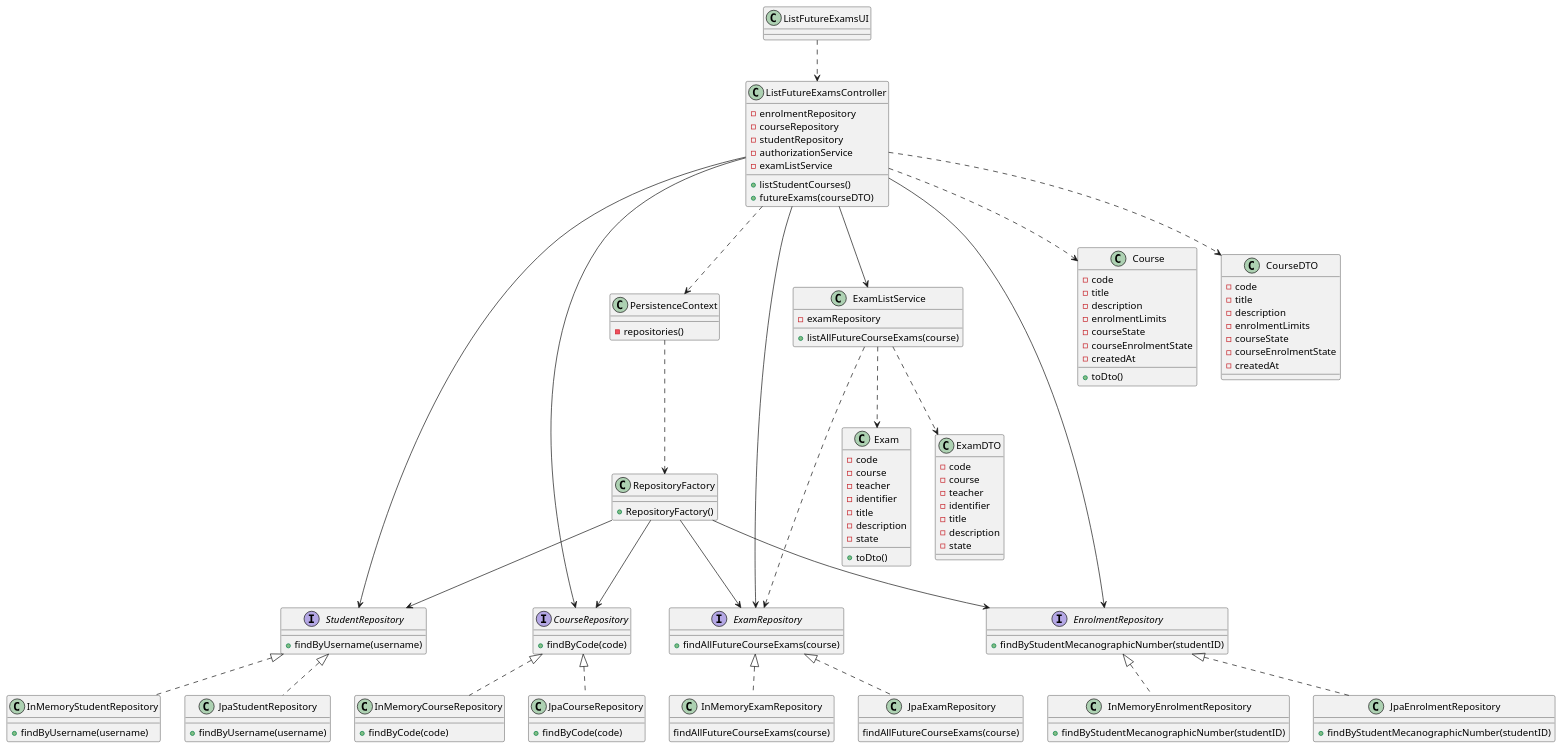
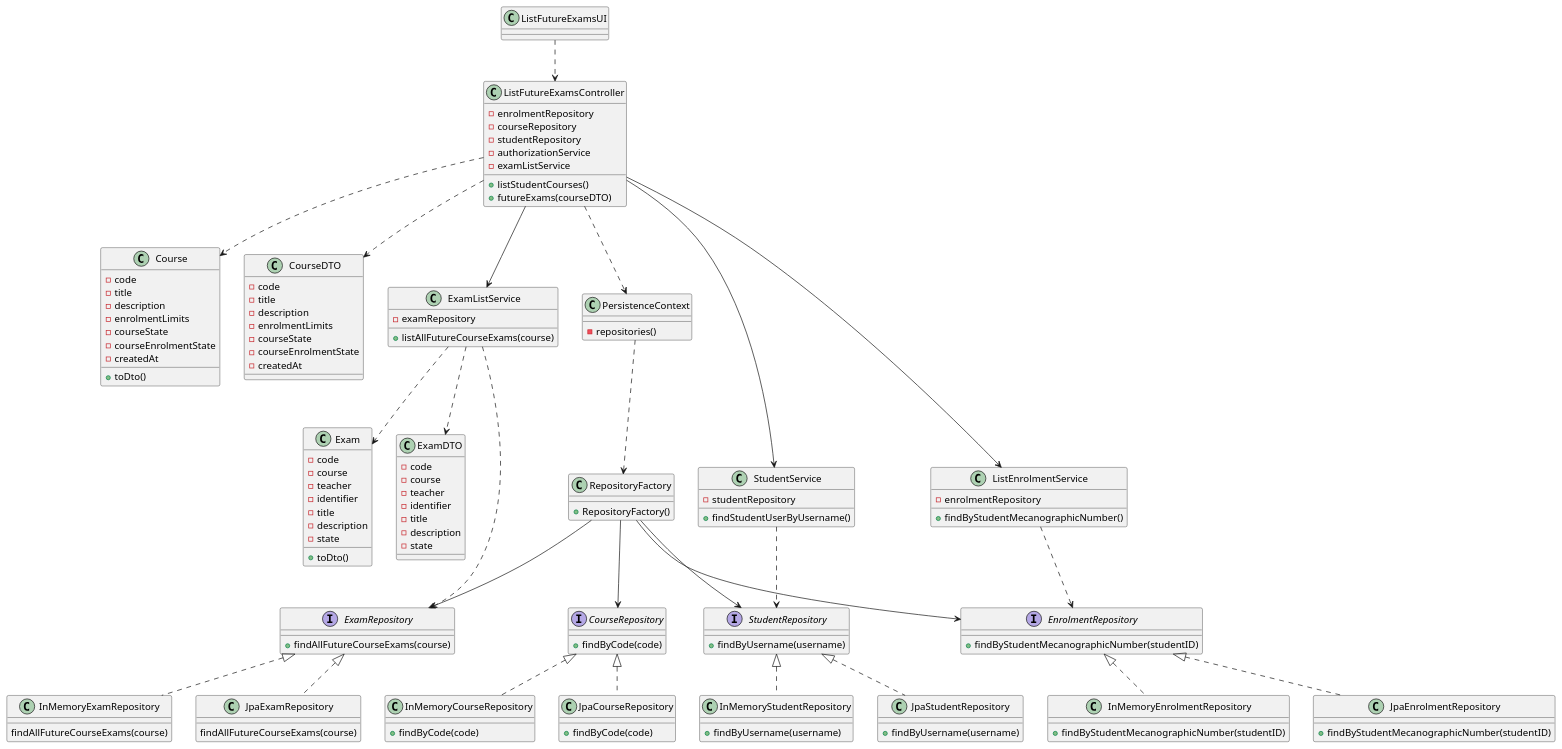
The diagram in docs/sprint-b/us22-2002/US2002_CD.puml (miseEnPlace-dev/lapr4), drawn with PlantUML before and after one commit. The commit also changed 5 other files, not shown here.

```diff
--- a/docs/sprint-b/us22-2002/US2002_CD.puml
+++ b/docs/sprint-b/us22-2002/US2002_CD.puml
@@ -1,161 +1,170 @@
-@startuml US2003_CD
+@startuml US2002_CD
 
 class ListFutureExamsUI {
 
 }
 
 class ListFutureExamsController {
 - enrolmentRepository
 - courseRepository
 - studentRepository
 - authorizationService
 - examListService
 + listStudentCourses()
 + futureExams(courseDTO)
 }
 
 interface StudentRepository {
 + findByUsername(username)
 }
 
 class InMemoryStudentRepository {
 + findByUsername(username)
 }
 
 class JpaStudentRepository {
 + findByUsername(username)
 }
 
 class Course {
   - code
   - title
   - description
   - enrolmentLimits
   - courseState
   - courseEnrolmentState
   - createdAt
   + toDto()
 }
 
 class CourseDTO {
   - code
   - title
   - description
   - enrolmentLimits
   - courseState
   - courseEnrolmentState
   - createdAt
 }
 
 interface CourseRepository {
   + findByCode(code)
 }
 
 class InMemoryCourseRepository {
   + findByCode(code)
 }
 
 class JpaCourseRepository {
   + findByCode(code)
 }
 
 
 class Exam {
 - code
 - course
 - teacher
 - identifier
 - title
 - description
 - state
 + toDto()
 }
 
 class ExamDTO {
 - code
 - course
 - teacher
 - identifier
 - title
 - description
 - state
 }
 
 class ExamListService {
 - examRepository
 + listAllFutureCourseExams(course)
 }
 
+class StudentService {
+- studentRepository
++ findStudentUserByUsername()
+}
+
+class ListEnrolmentService {
+- enrolmentRepository
++ findByStudentMecanographicNumber()
+}
+
 interface ExamRepository {
 + findAllFutureCourseExams(course)
 }
 
 
 class InMemoryExamRepository {
 findAllFutureCourseExams(course)
 }
 
 class JpaExamRepository {
 findAllFutureCourseExams(course)
 }
 
 
 class RepositoryFactory {
   + RepositoryFactory()
 }
 
 
 class PersistenceContext {
   - repositories()
 }
 
 
 interface EnrolmentRepository {
 + findByStudentMecanographicNumber(studentID)
 }
 
 class InMemoryEnrolmentRepository {
 + findByStudentMecanographicNumber(studentID)
 }
 
 class JpaEnrolmentRepository {
 + findByStudentMecanographicNumber(studentID)
 }
 
 
 
 PersistenceContext ..> RepositoryFactory
 
 RepositoryFactory --> CourseRepository
 RepositoryFactory --> ExamRepository
 RepositoryFactory --> StudentRepository
 RepositoryFactory --> EnrolmentRepository
 
 CourseRepository <|.. InMemoryCourseRepository
 CourseRepository <|.. JpaCourseRepository
 ExamRepository <|.. InMemoryExamRepository
 ExamRepository <|.. JpaExamRepository
 StudentRepository <|.. InMemoryStudentRepository
 StudentRepository <|.. JpaStudentRepository
 EnrolmentRepository <|.. InMemoryEnrolmentRepository
 EnrolmentRepository <|.. JpaEnrolmentRepository
 
-
+ListFutureExamsController --> ListEnrolmentService
 ListFutureExamsController --> ExamListService
+ListFutureExamsController --> StudentService
 ListFutureExamsController ..> Course
 ListFutureExamsController ..> CourseDTO
 ListFutureExamsController ..> PersistenceContext
 
 ListFutureExamsUI ..> ListFutureExamsController
 
+StudentService ..> StudentRepository
+ListEnrolmentService ..> EnrolmentRepository
+
 ExamListService ..> Exam
 ExamListService ..> ExamDTO
 ExamListService ..> ExamRepository
-ListFutureExamsController --> ExamRepository
-ListFutureExamsController --> StudentRepository
-ListFutureExamsController --> EnrolmentRepository
-ListFutureExamsController --> CourseRepository
-
 
 
 @enduml
```
